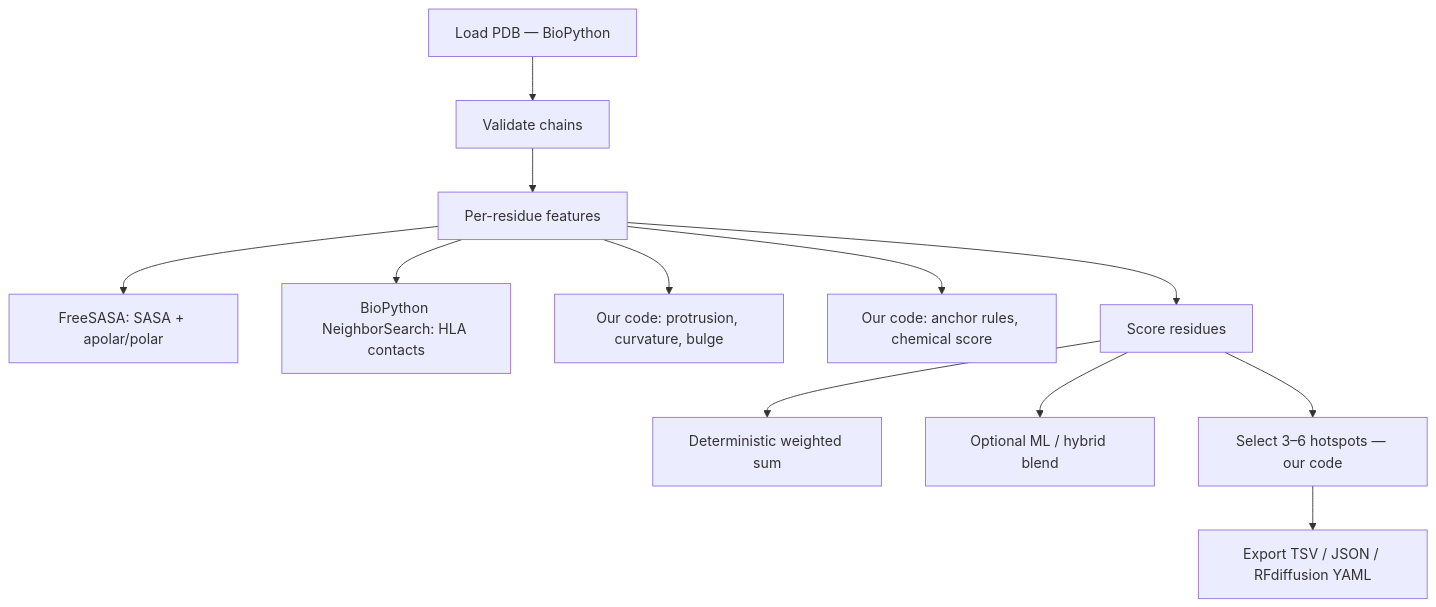
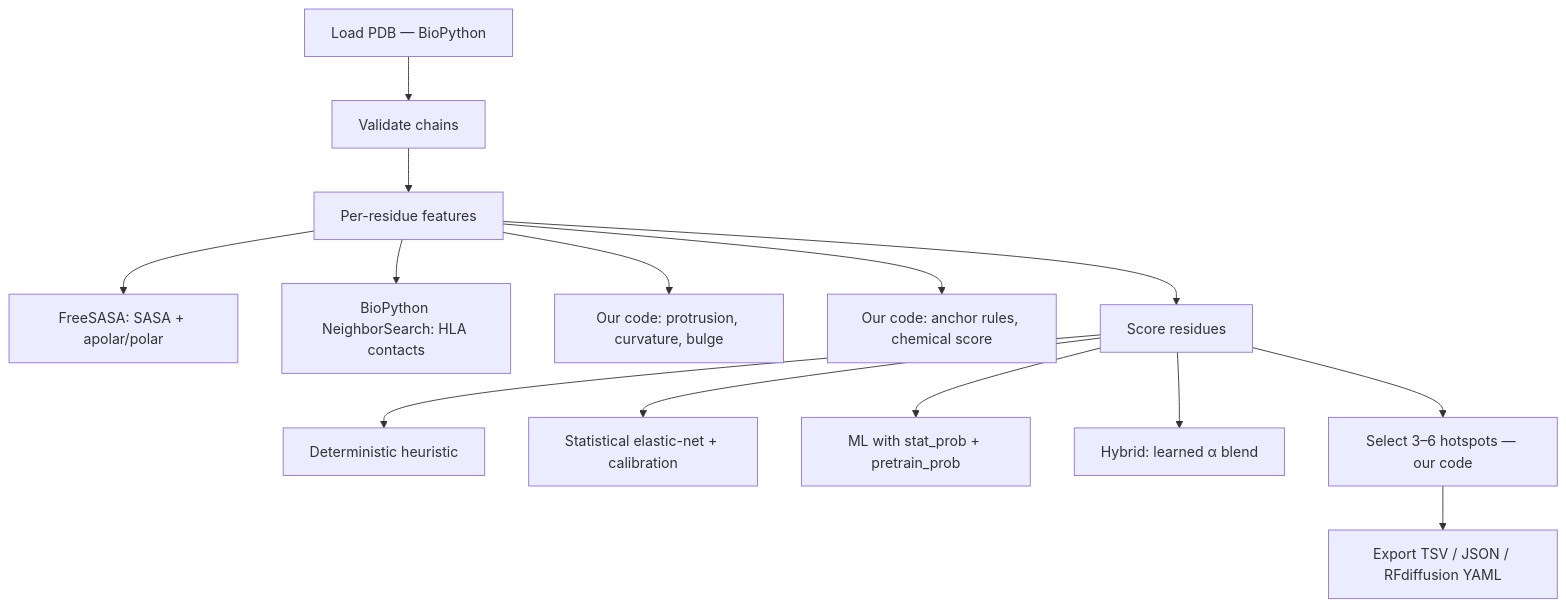
Before and after one commit to vmbharanidharan-ai/hotspot-identification: the diagram in README.md, drawn with Mermaid. The commit also changed other lines of this file and 11 other files, not shown here.

First line of the commit message:
Add statistical scoring layer with calibration and learned hybrid blend.

````diff
--- a/README.md
+++ b/README.md
@@ -143,14 +144,16 @@
 ```mermaid
 flowchart TD
     A[Load PDB — BioPython] --> B[Validate chains]
     B --> C[Per-residue features]
     C --> C1[FreeSASA: SASA + apolar/polar]
     C --> C2[BioPython NeighborSearch: HLA contacts]
     C --> C3[Our code: protrusion, curvature, bulge]
     C --> C4[Our code: anchor rules, chemical score]
     C --> D[Score residues]
-    D --> D1[Deterministic weighted sum]
-    D --> D2[Optional ML / hybrid blend]
+    D --> D1[Deterministic heuristic]
+    D --> D2[Statistical elastic-net + calibration]
+    D --> D3[ML with stat_prob + pretrain_prob]
+    D --> D4[Hybrid: learned α blend]
     D --> E[Select 3–6 hotspots — our code]
     E --> F[Export TSV / JSON / RFdiffusion YAML]
 ```
````
